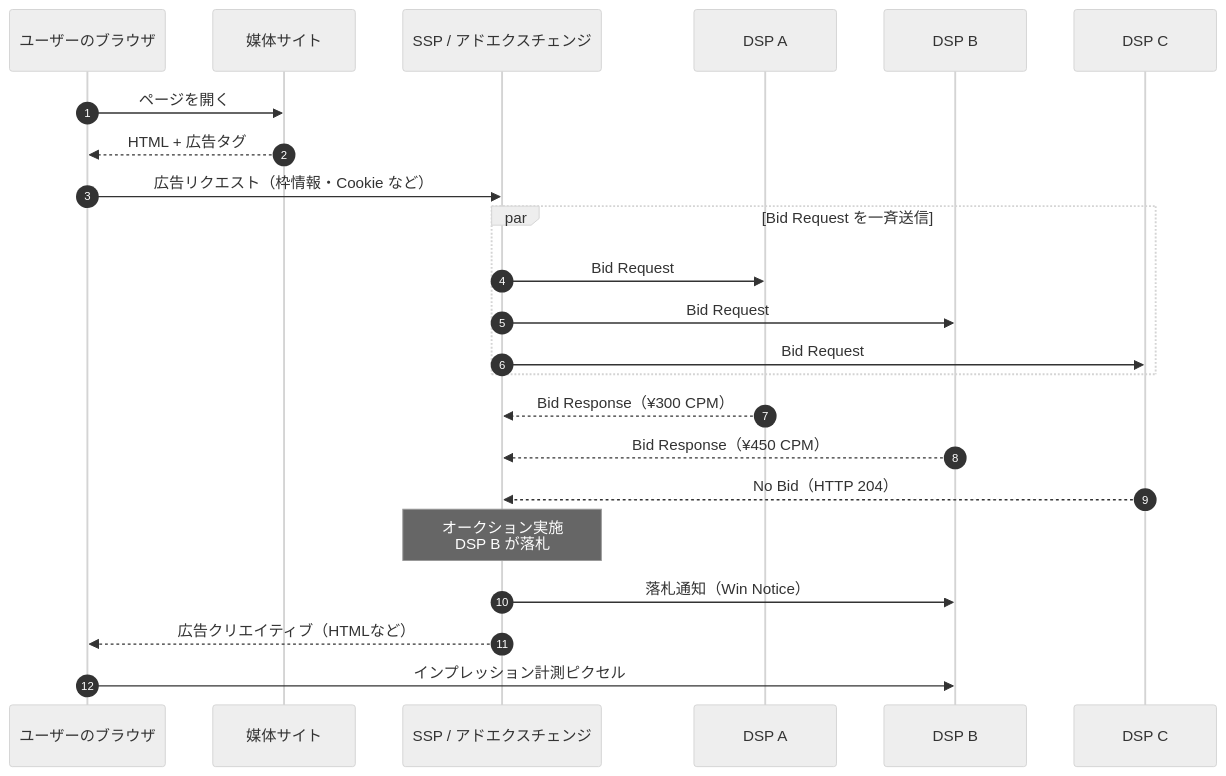
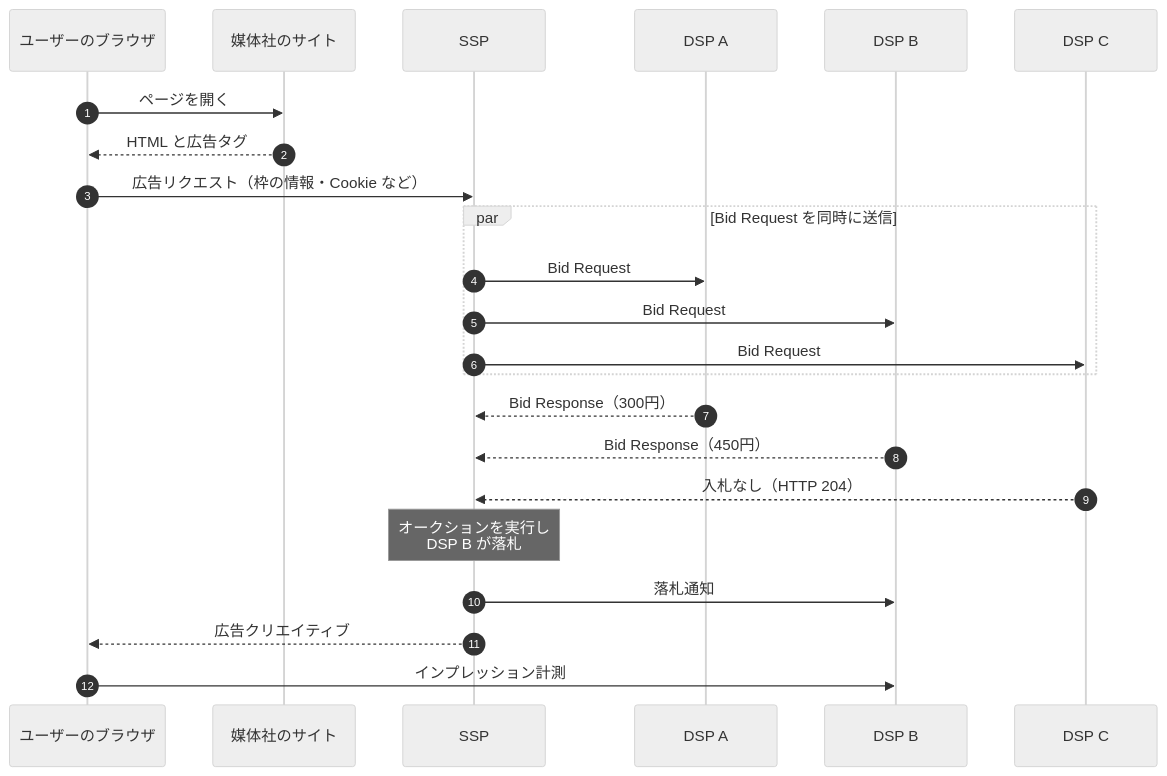
The first of 3 diagrams in docs/02-rtb-flow.md (yasut0ra/rtb-study), drawn with Mermaid (neutral theme) before and after one commit. The commit also changed other lines of this file and 36 other files, not shown here.

````diff
--- a/docs/02-rtb-flow.md
+++ b/docs/02-rtb-flow.md
@@ -7,26 +13,26 @@
 ```mermaid
 sequenceDiagram
     autonumber
     participant U as ユーザーのブラウザ
-    participant P as 媒体サイト
-    participant S as SSP / アドエクスチェンジ
+    participant P as 媒体社のサイト
+    participant S as SSP
     participant D1 as DSP A
     participant D2 as DSP B
     participant D3 as DSP C
 
     U->>P: ページを開く
-    P-->>U: HTML + 広告タグ
-    U->>S: 広告リクエスト（枠情報・Cookie など）
-    par Bid Request を一斉送信
+    P-->>U: HTML と広告タグ
+    U->>S: 広告リクエスト（枠の情報・Cookie など）
+    par Bid Request を同時に送信
         S->>D1: Bid Request
         S->>D2: Bid Request
         S->>D3: Bid Request
     end
-    D1-->>S: Bid Response（¥300 CPM）
-    D2-->>S: Bid Response（¥450 CPM）
-    D3-->>S: No Bid（HTTP 204）
-    Note over S: オークション実施<br/>DSP B が落札
-    S->>D2: 落札通知（Win Notice）
-    S-->>U: 広告クリエイティブ（HTMLなど）
-    U->>D2: インプレッション計測ピクセル
+    D1-->>S: Bid Response（300円）
+    D2-->>S: Bid Response（450円）
+    D3-->>S: 入札なし（HTTP 204）
+    Note over S: オークションを実行し<br/>DSP B が落札
+    S->>D2: 落札通知
+    S-->>U: 広告クリエイティブ
+    U->>D2: インプレッション計測
 ```
````
